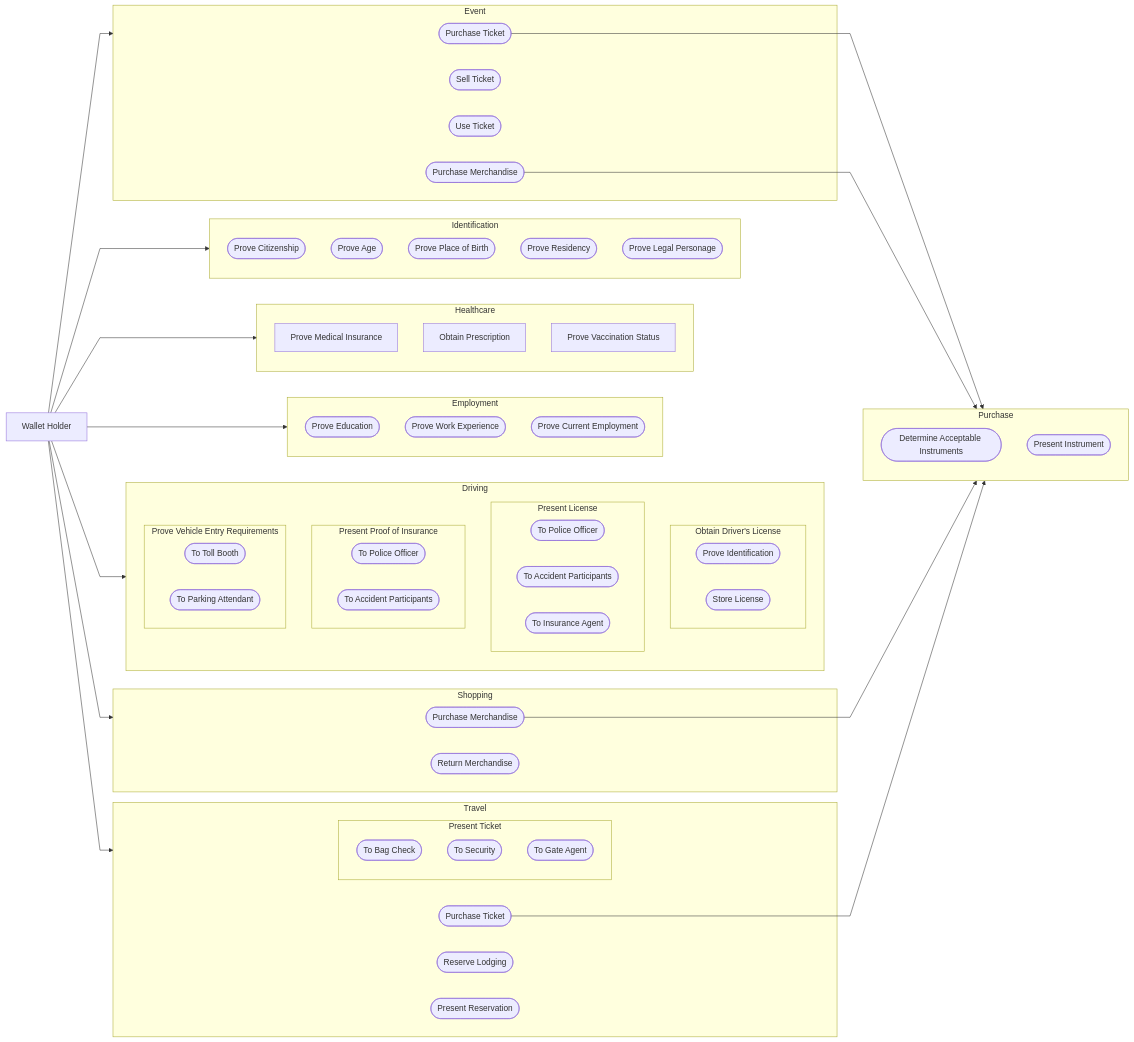
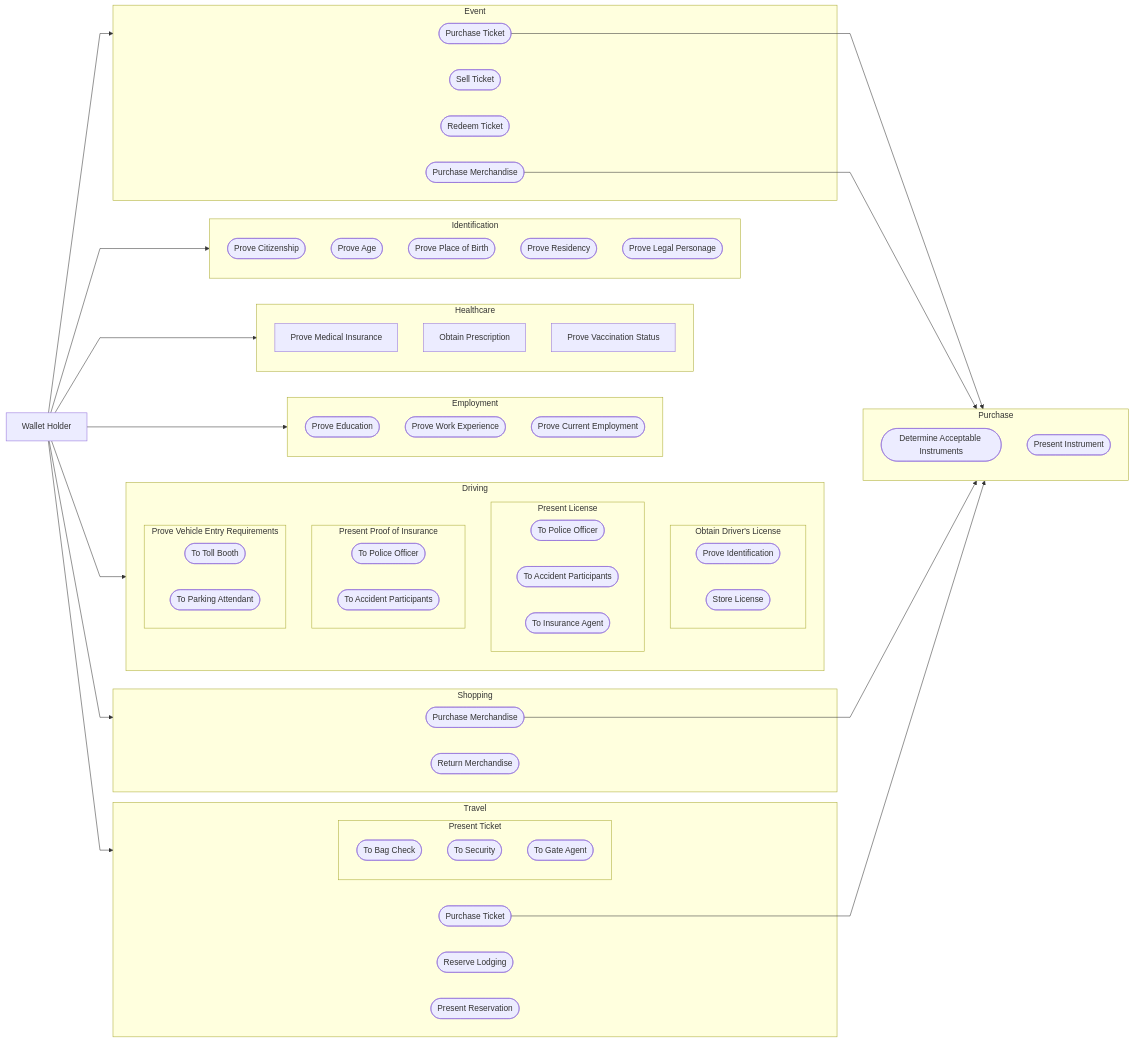
One commit to openwallet-foundation/architecture-sig changed the diagram in docs/use-cases/use-cases.md. Above: the diagram before and after it, drawn with Mermaid. The commit also changed 1 other file, not shown here.

Commit message:
Add links (#32)
* Add links for event use case

````diff
--- a/docs/use-cases/use-cases.md
+++ b/docs/use-cases/use-cases.md
@@ -6,67 +6,70 @@
 ```mermaid
 %%{ init: { 'flowchart': { 'curve': 'linear' } } }%%
 flowchart LR
   wh[Wallet Holder]
   subgraph d[Driving]
     subgraph odl[Obtain Driver's License]
       odlUC1([Prove Identification])
       odlUC2([Store License])
     end
     subgraph dpl[Present License]
       dplUC1([To Police Officer])
       dplUC2([To Accident Participants])
       dplUC3([To Insurance Agent])
     end
     subgraph dpi[Present Proof of Insurance]
       dpiUC1([To Police Officer])
       dpiUC2([To Accident Participants])
     end
     subgraph dpe[Prove Vehicle Entry Requirements]
       dpeUC1([To Toll Booth])
       dpeUC2([To Parking Attendant])
     end
   end
   subgraph em[Employment]
    emUC1([Prove Education])
    emUC2([Prove Work Experience])
    emUC3([Prove Current Employment])
   end
   subgraph ev[Event]
     evUC1([Purchase Ticket])
     evUC2([Sell Ticket])
-    evUC3([Use Ticket])
+    evUC3([Redeem Ticket])
     evUC4([Purchase Merchandise])
   end
   subgraph h[Healthcare]
     hUC1[Prove Medical Insurance]
     hUC2[Obtain Prescription]
     hUC3[Prove Vaccination Status]
   end
   subgraph i[Identification]
     iUC1([Prove Citizenship])
     iUC2([Prove Age])
     iUC3([Prove Place of Birth])
     iUC4([Prove Residency])
     iUC5([Prove Legal Personage])
   end
   subgraph p[Purchase]
     pUC1([Determine Acceptable Instruments])
     pUC2([Present Instrument])
   end
   subgraph s[Shopping]
     sUC1([Purchase Merchandise])
     sUC2([Return Merchandise])
   end
   subgraph t[Travel]
     tUC1([Purchase Ticket])
     subgraph tpt[Present Ticket]
       tptUC1([To Bag Check])
       tptUC2([To Security])
       tptUC3([To Gate Agent])
     end
     tUC2([Reserve Lodging])
     tUC3([Present Reservation])
   end
   wh-->d & em & ev & h & i & s & t
   evUC1 & evUC4 & sUC1 & tUC1-->p
+  click evUC1 "https://github.com/openwallet-foundation/architecture-task-force/blob/main/docs/use-cases/event-use-case.md#purchase-ticket"
+  click evUC2 "https://github.com/openwallet-foundation/architecture-task-force/blob/main/docs/use-cases/event-use-case.md#sell-ticket"
+  click evUC3 "https://github.com/openwallet-foundation/architecture-task-force/blob/main/docs/use-cases/event-use-case.md#redeem-ticket"
 ```
````
